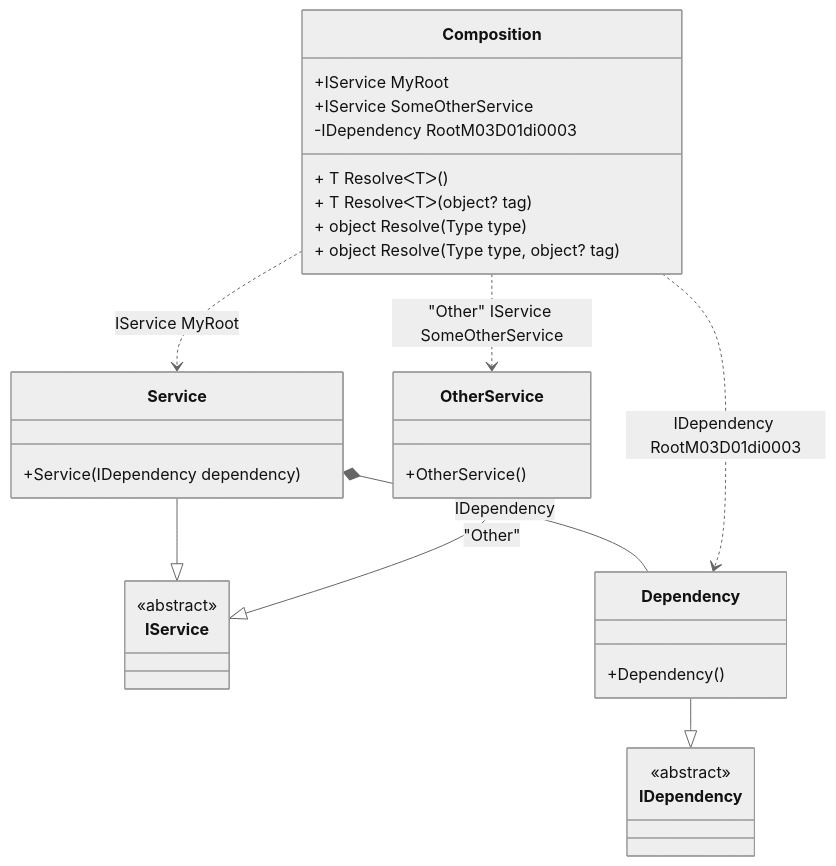
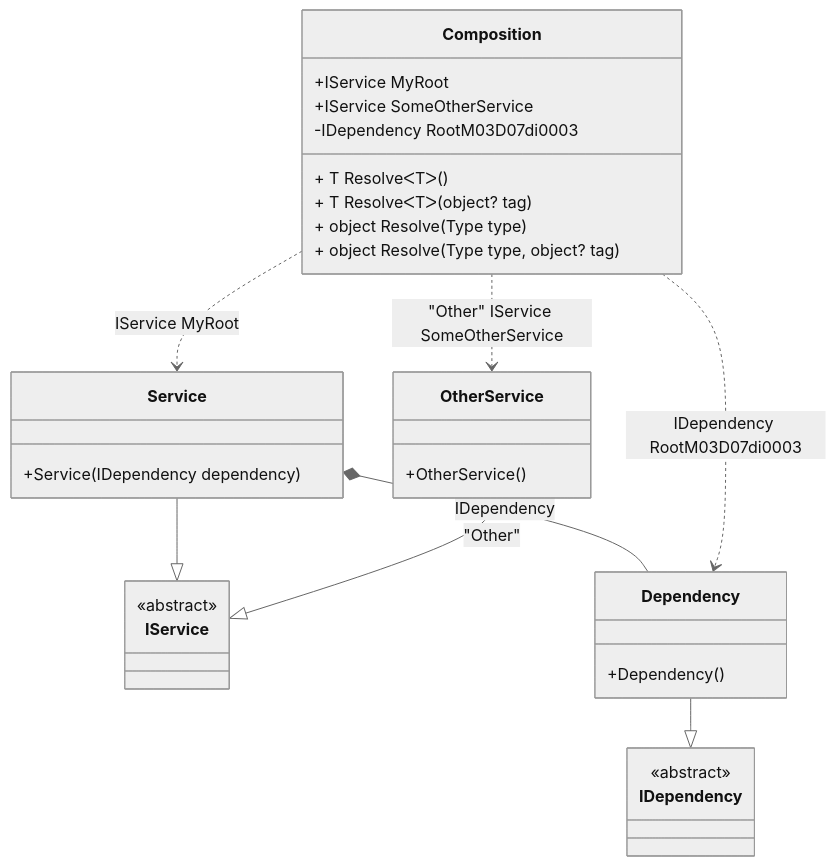
Before and after one commit to DevTeam/Pure.DI: the diagram in readme/composition-roots.md, drawn with Mermaid (neutral theme). The commit also changed other lines of this file and 83 other files, not shown here.

````diff
--- a/readme/composition-roots.md
+++ b/readme/composition-roots.md
@@ -66,34 +66,34 @@
 ```mermaid
 classDiagram
   class Composition {
     +IService MyRoot
     +IService SomeOtherService
-    -IDependency RootM03D01di0003
+    -IDependency RootM03D07di0003
     + T ResolveᐸTᐳ()
     + T ResolveᐸTᐳ(object? tag)
     + object Resolve(Type type)
     + object Resolve(Type type, object? tag)
   }
   Service --|> IService : 
   class Service {
     +Service(IDependency dependency)
   }
   OtherService --|> IService : "Other" 
   class OtherService {
     +OtherService()
   }
   Dependency --|> IDependency : 
   class Dependency {
     +Dependency()
   }
   class IService {
     <<abstract>>
   }
   class IDependency {
     <<abstract>>
   }
   Service *--  Dependency : IDependency
   Composition ..> Service : IService MyRoot
   Composition ..> OtherService : "Other" IService SomeOtherService
-  Composition ..> Dependency : IDependency RootM03D01di0003
+  Composition ..> Dependency : IDependency RootM03D07di0003
 ```
````
